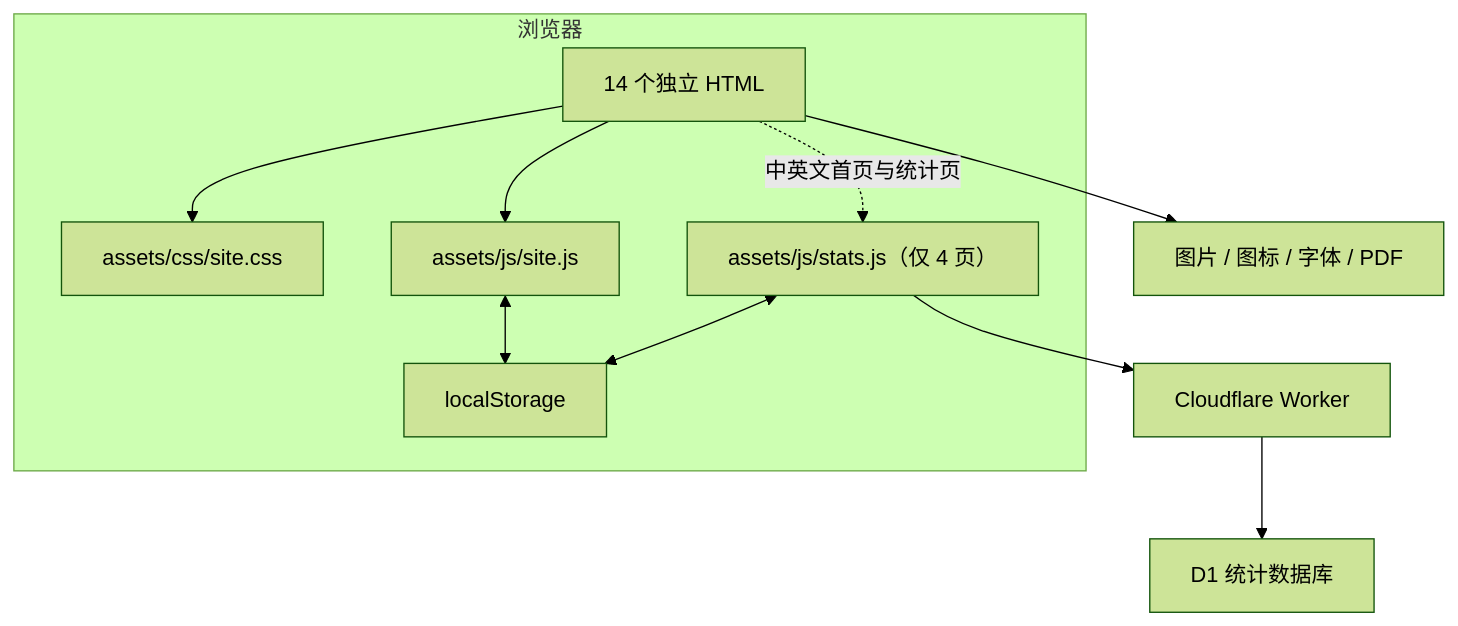
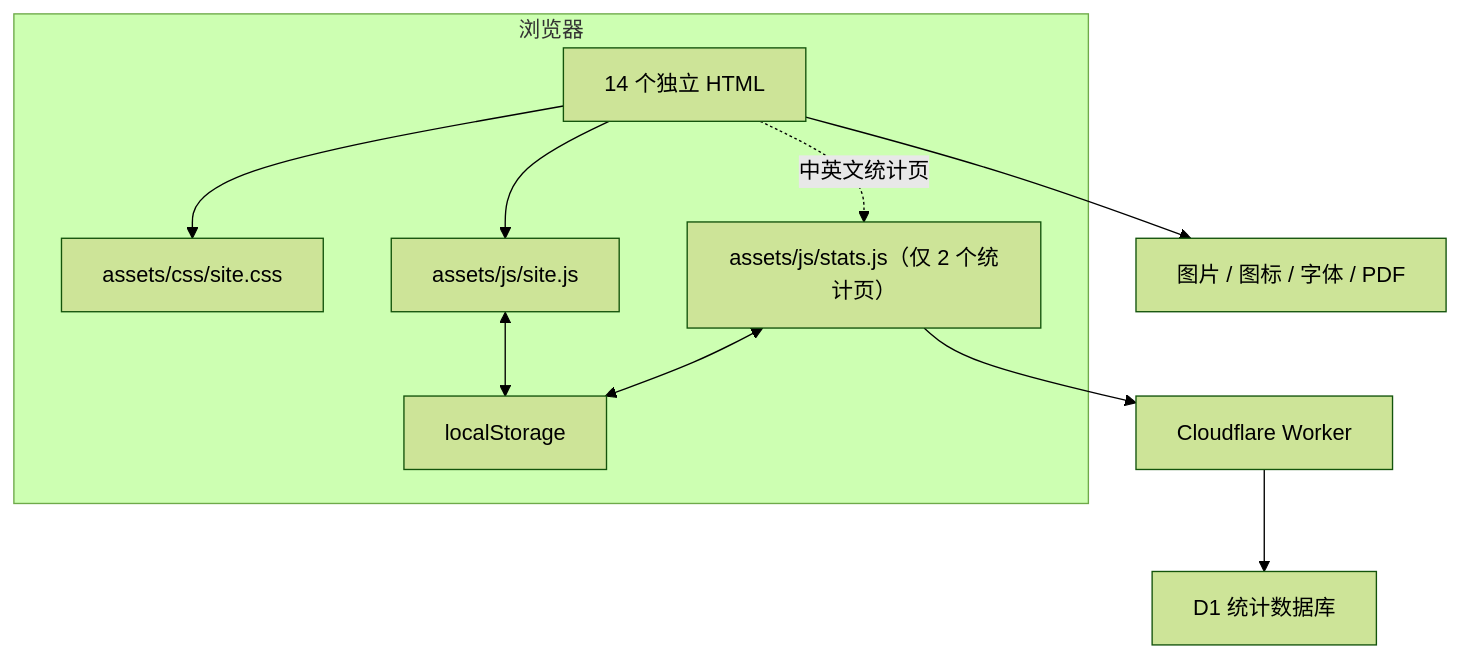
One commit to Yan-ShiBo/Yan-ShiBo.github.io changed the second of 5 diagrams in docs/architecture.md. Above: the diagram before and after it, drawn with Mermaid (forest theme). The commit also changed other lines of this file and 19 other files, not shown here.

````diff
--- a/docs/architecture.md
+++ b/docs/architecture.md
@@ -72,19 +72,19 @@
 ```mermaid
 flowchart TB
     subgraph Browser["浏览器"]
         HTML["14 个独立 HTML"]
         CSS["assets/css/site.css"]
         SiteJS["assets/js/site.js"]
-        StatsJS["assets/js/stats.js（仅 4 页）"]
+        StatsJS["assets/js/stats.js（仅 2 个统计页）"]
         Storage["localStorage"]
     end
 
     HTML --> CSS
     HTML --> SiteJS
-    HTML -. "中英文首页与统计页" .-> StatsJS
+    HTML -. "中英文统计页" .-> StatsJS
     SiteJS <--> Storage
     StatsJS <--> Storage
     StatsJS --> Worker["Cloudflare Worker"]
     Worker --> D1["D1 统计数据库"]
     HTML --> LocalAssets["图片 / 图标 / 字体 / PDF"]
 ```
````
